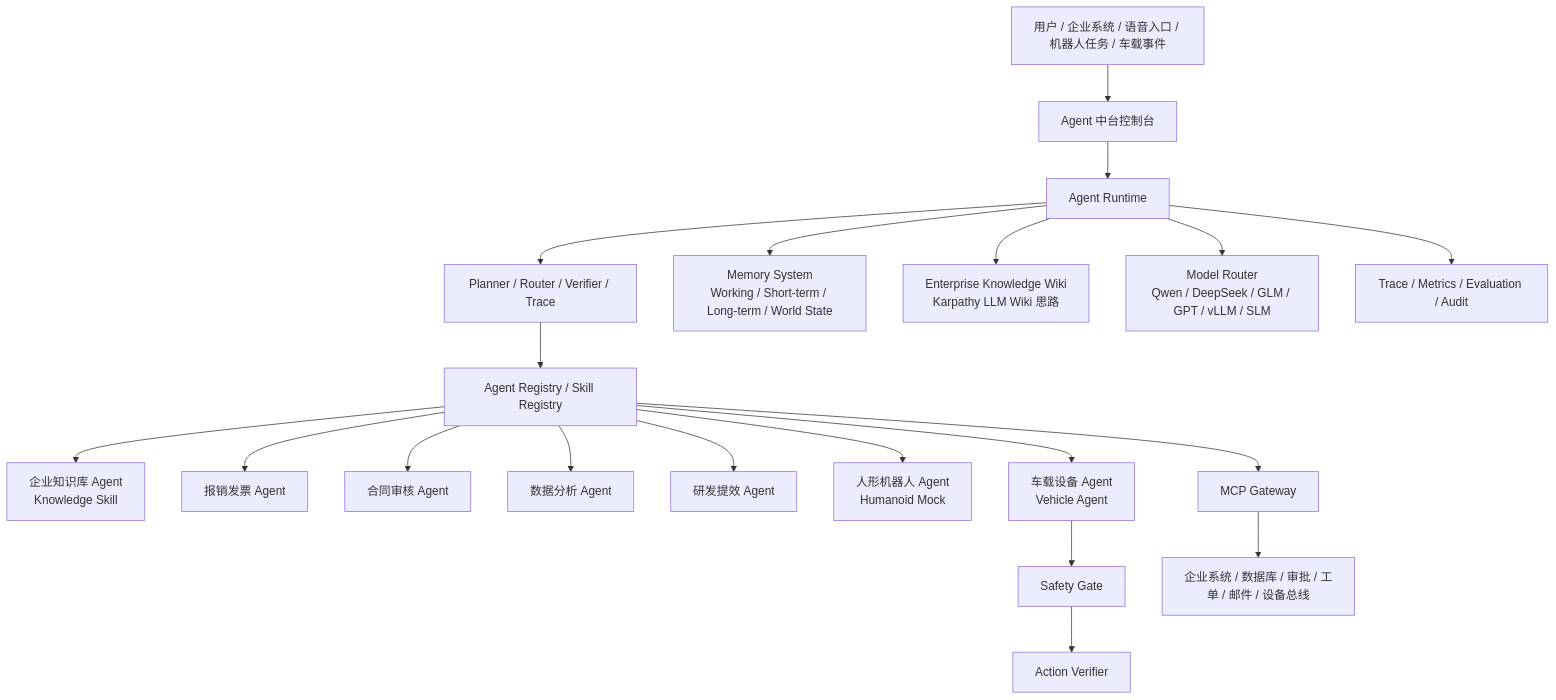
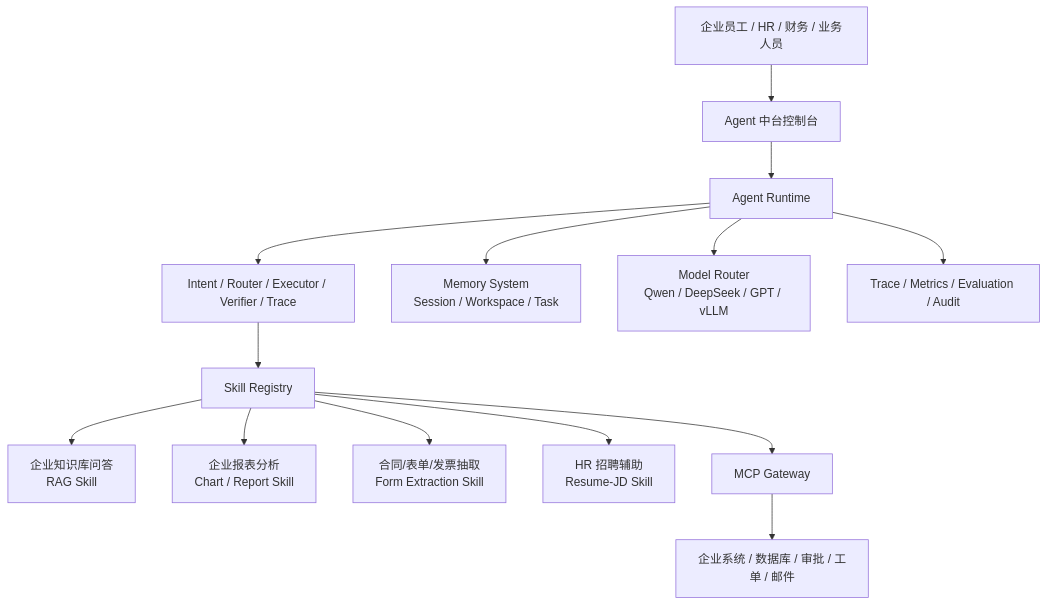
The diagram in docs/产品功能总览.md (NickWilde-AI/AI-Agent-RAG-Question-Answering), drawn with Mermaid before and after one commit. The commit also changed other lines of this file and 21 other files, not shown here.

First line of the commit message:
feat: 企业级 AI Agent 中台第一版（统一 Skill 抽象 + 四大企业 Skill）

````diff
--- a/docs/产品功能总览.md
+++ b/docs/产品功能总览.md
@@ -45,22 +50,16 @@
 ```mermaid
 flowchart TD
-  U[用户 / 企业系统 / 语音入口 / 机器人任务 / 车载事件] --> UI[Agent 中台控制台]
+  U[企业员工 / HR / 财务 / 业务人员] --> UI[Agent 中台控制台]
   UI --> AR[Agent Runtime]
-  AR --> PLAN[Planner / Router / Verifier / Trace]
-  PLAN --> REG[Agent Registry / Skill Registry]
-  REG --> K[企业知识库 Agent<br/>Knowledge Skill]
-  REG --> I[报销发票 Agent]
-  REG --> C[合同审核 Agent]
-  REG --> D[数据分析 Agent]
-  REG --> R[研发提效 Agent]
-  REG --> H[人形机器人 Agent<br/>Humanoid Mock]
-  REG --> V[车载设备 Agent<br/>Vehicle Agent]
+  AR --> PLAN[Intent / Router / Executor / Verifier / Trace]
+  PLAN --> REG[Skill Registry]
+  REG --> K[企业知识库问答<br/>RAG Skill]
+  REG --> B[企业报表分析<br/>Chart / Report Skill]
+  REG --> F[合同/表单/发票抽取<br/>Form Extraction Skill]
+  REG --> HR[HR 招聘辅助<br/>Resume-JD Skill]
   REG --> MCP[MCP Gateway]
-  AR --> MEM[Memory System<br/>Working / Short-term / Long-term / World State]
-  AR --> WIKI[Enterprise Knowledge Wiki<br/>Karpathy LLM Wiki 思路]
-  AR --> MR[Model Router<br/>Qwen / DeepSeek / GLM / GPT / vLLM / SLM]
-  V --> SG[Safety Gate]
-  SG --> AV[Action Verifier]
-  MCP --> SYS[企业系统 / 数据库 / 审批 / 工单 / 邮件 / 设备总线]
+  AR --> MEM[Memory System<br/>Session / Workspace / Task]
+  AR --> MR[Model Router<br/>Qwen / DeepSeek / GPT / vLLM]
+  MCP --> SYS[企业系统 / 数据库 / 审批 / 工单 / 邮件]
   AR --> OBS[Trace / Metrics / Evaluation / Audit]
 ```
````
